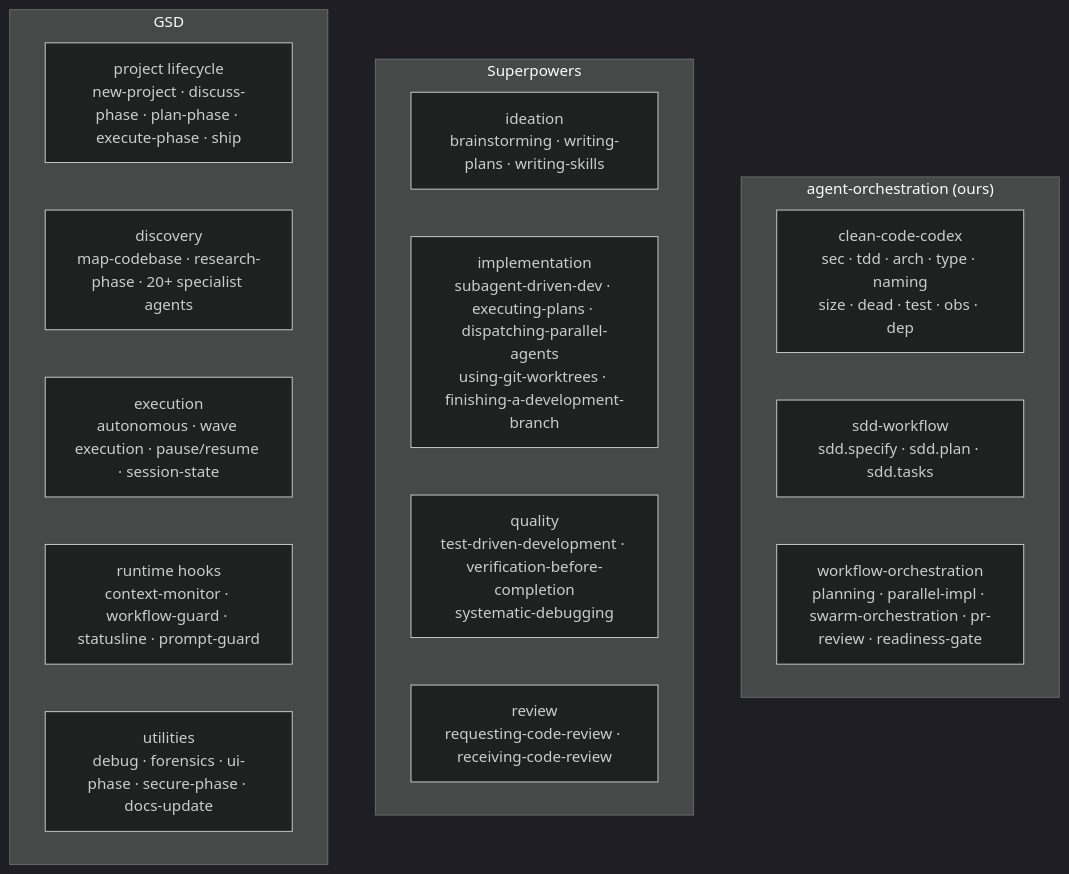
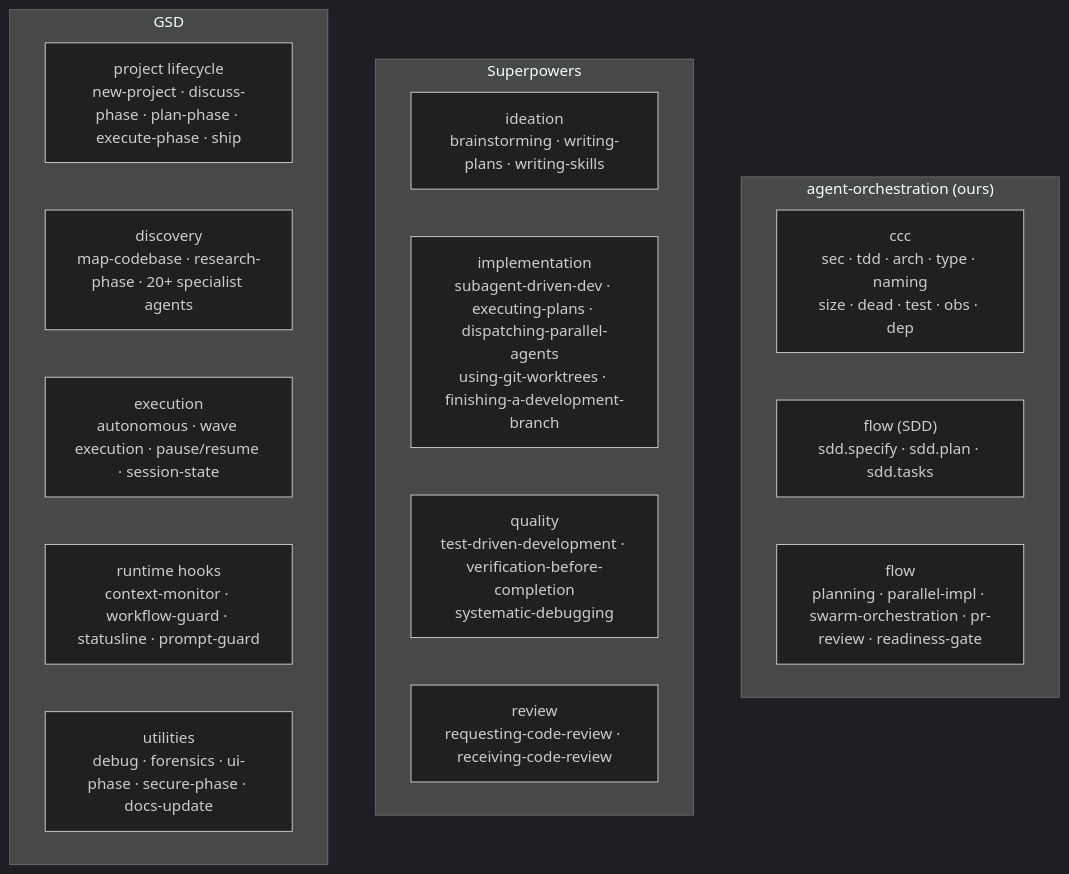
Before and after one commit to mikecubed/agent-orchestration: the first of 8 diagrams in docs/competitor-comparison.md, drawn with Mermaid (dark theme). The commit also changed other lines of this file and 222 other files, not shown here.

````diff
--- a/docs/competitor-comparison.md
+++ b/docs/competitor-comparison.md
@@ -9,26 +9,26 @@
 ```mermaid
 graph TD
     subgraph US["agent-orchestration (ours)"]
         direction LR
-        US1["clean-code-codex\nsec · tdd · arch · type · naming\nsize · dead · test · obs · dep"]
-        US2["sdd-workflow\nsdd.specify · sdd.plan · sdd.tasks"]
-        US3["workflow-orchestration\nplanning · parallel-impl · swarm-orchestration · pr-review · readiness-gate"]
+        US1["ccc\nsec · tdd · arch · type · naming\nsize · dead · test · obs · dep"]
+        US2["flow (SDD)\nsdd.specify · sdd.plan · sdd.tasks"]
+        US3["flow\nplanning · parallel-impl · swarm-orchestration · pr-review · readiness-gate"]
     end
 
     subgraph SP["Superpowers"]
         direction LR
         SP1["ideation\nbrainstorming · writing-plans · writing-skills"]
         SP2["implementation\nsubagent-driven-dev · executing-plans · dispatching-parallel-agents\nusing-git-worktrees · finishing-a-development-branch"]
         SP3["quality\ntest-driven-development · verification-before-completion\nsystematic-debugging"]
         SP4["review\nrequesting-code-review · receiving-code-review"]
     end
 
     subgraph GSD["GSD"]
         direction LR
         GSD1["project lifecycle\nnew-project · discuss-phase · plan-phase · execute-phase · ship"]
         GSD2["discovery\nmap-codebase · research-phase · 20+ specialist agents"]
         GSD3["execution\nautonomous · wave execution · pause/resume · session-state"]
         GSD4["runtime hooks\ncontext-monitor · workflow-guard · statusline · prompt-guard"]
         GSD5["utilities\ndebug · forensics · ui-phase · secure-phase · docs-update"]
     end
 ```
````
